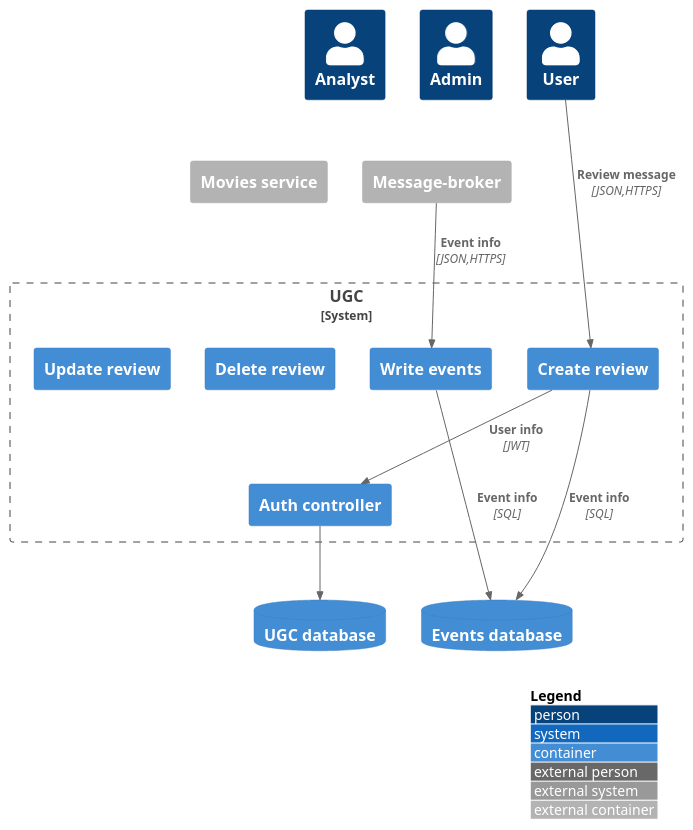
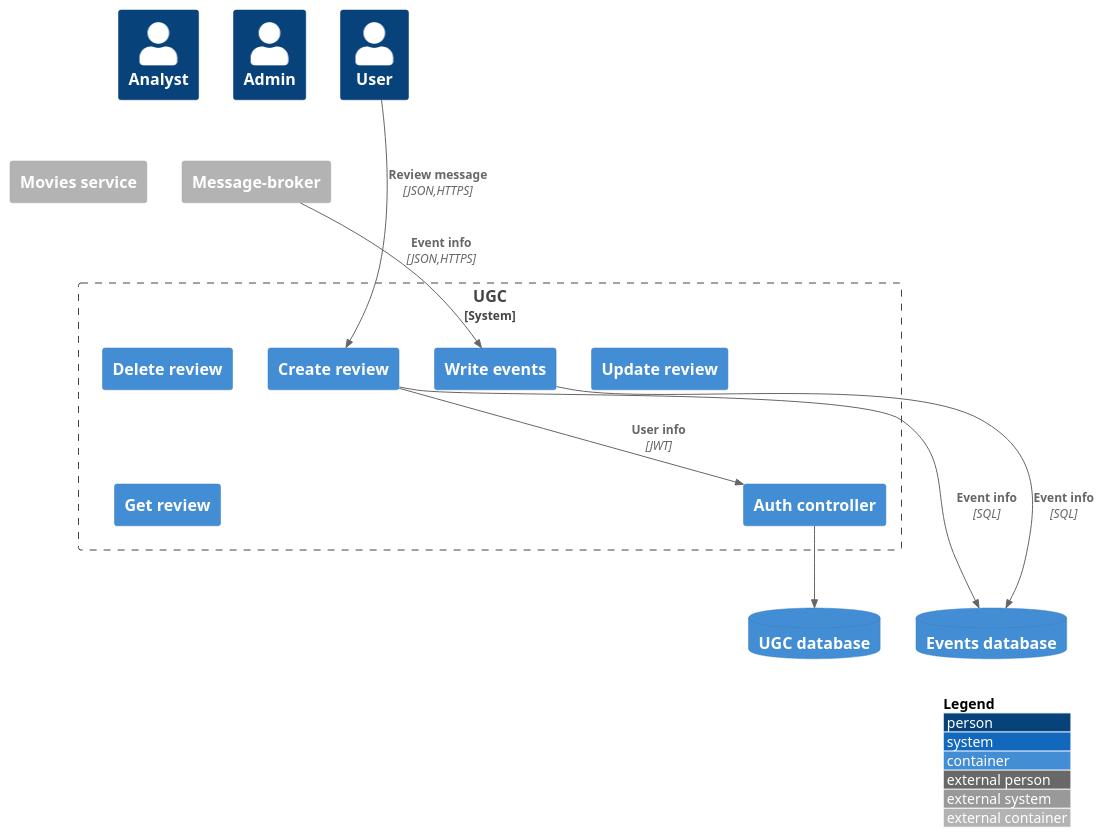
Before and after one commit to konarlook/ugc_sprint_1: the diagram in ugc/docs/arc/ugc_2_container.puml, drawn with PlantUML.

Commit message:
fix(03_arc_diagram):correct C2 architecture diagram

```diff
--- a/ugc/docs/arc/ugc_2_container.puml
+++ b/ugc/docs/arc/ugc_2_container.puml
@@ -1,39 +1,40 @@
 @startuml system-context
 !include https://raw.githubusercontent.com/plantuml-stdlib/C4-PlantUML/master/C4_Container.puml
 
 LAYOUT_TOP_DOWN()
 LAYOUT_WITH_LEGEND()
 
 together{
 Person(analyst, "Analyst")
 Person(admin, "Admin")
 Person(user, "User")
 }
 together{
 Container_Ext(broker, "Message-broker")
 Container_Ext(movies_service, "Movies service")
 }
 System_Boundary(ugc_service, "UGC"){
     together{
     Container(give_review, "Create review")
     Container(give_events, "Write events")
     Container(delete_review, "Delete review")
     Container(update_review, "Update review")
+    Container(get_review, "Get review")
     }
     Container(sing_in, "Auth controller")
 }
 
 together{
 ContainerDb(ugc_database, "UGC database")
 ContainerDb(event_database, "Events database")
 }
 
 Rel(user, give_review, "Review message", "JSON,HTTPS")
 Rel(give_review, sing_in, "User info", "JWT")
 Rel(sing_in, ugc_database,)
 Rel(give_review, event_database, "Event info", "SQL")
 Rel(give_events, event_database, "Event info", "SQL")
 Rel(broker, give_events, "Event info", "JSON,HTTPS")
 
 
 @enduml
```
